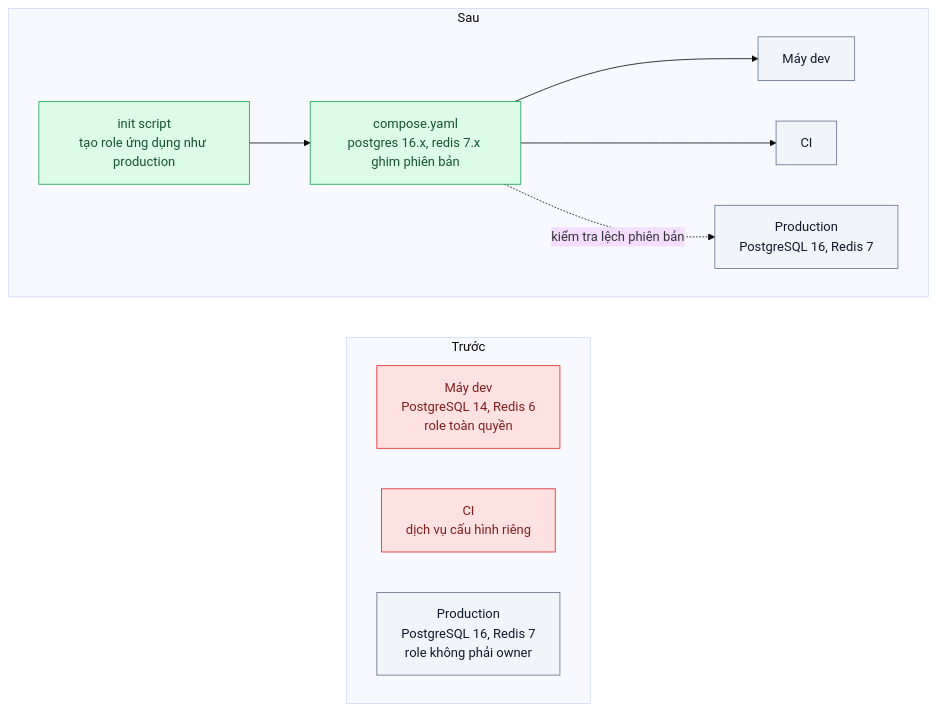
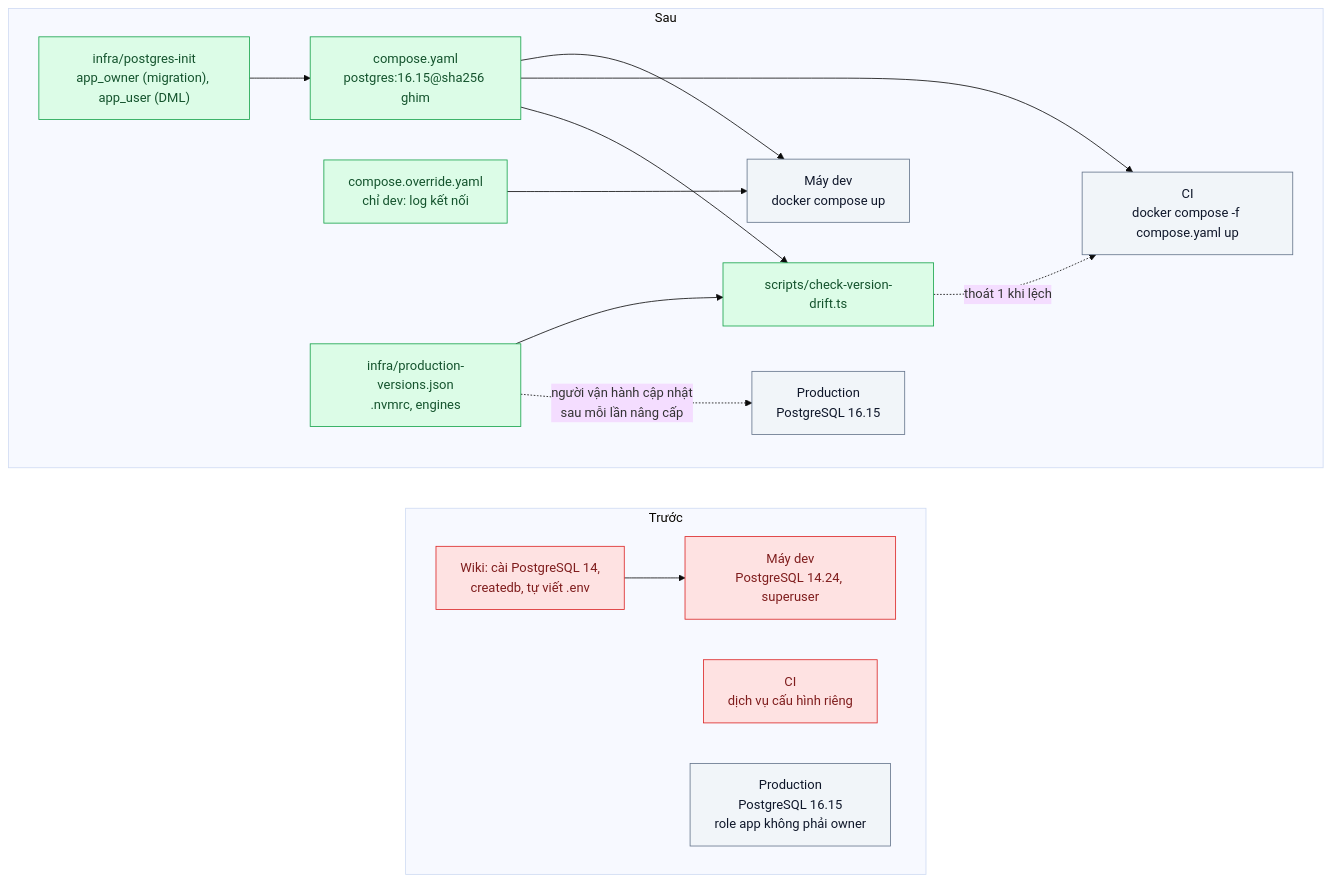
The first of 2 diagrams in 17-backend-docker/05-compose-dev-prod-parity-tren-may-em-chay-duoc/README.md (nguyenquochuy2311/system-design-nestjs), drawn with Mermaid (base theme) before and after one commit. The commit also changed other lines of this file and 40 other files, not shown here.

First line of the commit message:
feat(17/05): lab Docker Compose & Dev/Prod Parity với PostgreSQL 14 vs 16, số đo thật

````diff
--- a/17-backend-docker/05-compose-dev-prod-parity-tren-may-em-chay-duoc/README.md
+++ b/17-backend-docker/05-compose-dev-prod-parity-tren-may-em-chay-duoc/README.md
@@ -47,26 +47,35 @@
 ```mermaid
 flowchart LR
   classDef moi fill:#DCFCE7,stroke:#16A34A,color:#14532D
   classDef cu fill:#F1F5F9,stroke:#64748B,color:#0F172A
   classDef loi fill:#FEE2E2,stroke:#DC2626,color:#7F1D1D
 
   subgraph TRUOC["Trước"]
     direction LR
-    L1["Máy dev<br/>PostgreSQL 14, Redis 6<br/>role toàn quyền"]:::loi
+    W1["Wiki: cài PostgreSQL 14,<br/>createdb, tự viết .env"]:::loi
+    L1["Máy dev<br/>PostgreSQL 14.24, superuser"]:::loi
     C1["CI<br/>dịch vụ cấu hình riêng"]:::loi
-    P1["Production<br/>PostgreSQL 16, Redis 7<br/>role không phải owner"]:::cu
+    P1["Production<br/>PostgreSQL 16.15<br/>role app không phải owner"]:::cu
+    W1 --> L1
   end
 
   subgraph SAU["Sau"]
     direction LR
-    CF["compose.yaml<br/>postgres 16.x, redis 7.x ghim phiên bản"]:::moi
-    INIT["init script<br/>tạo role ứng dụng như production"]:::moi
-    L2["Máy dev"]:::cu
-    C2["CI"]:::cu
-    P2["Production<br/>PostgreSQL 16, Redis 7"]:::cu
+    CF["compose.yaml<br/>postgres:16.15@sha256 ghim"]:::moi
+    OV["compose.override.yaml<br/>chỉ dev: log kết nối"]:::moi
+    INIT["infra/postgres-init<br/>app_owner (migration), app_user (DML)"]:::moi
+    PV["infra/production-versions.json<br/>.nvmrc, engines"]:::moi
+    DRIFT["scripts/check-version-drift.ts"]:::moi
+    L2["Máy dev<br/>docker compose up"]:::cu
+    C2["CI<br/>docker compose -f compose.yaml up"]:::cu
+    P2["Production<br/>PostgreSQL 16.15"]:::cu
+    INIT --> CF
     CF --> L2
+    OV --> L2
     CF --> C2
-    INIT --> CF
-    CF -.->|"kiểm tra lệch phiên bản"| P2
+    PV --> DRIFT
+    CF --> DRIFT
+    DRIFT -.->|"thoát 1 khi lệch"| C2
+    PV -.->|"người vận hành cập nhật<br/>sau mỗi lần nâng cấp"| P2
   end
 ```
````
